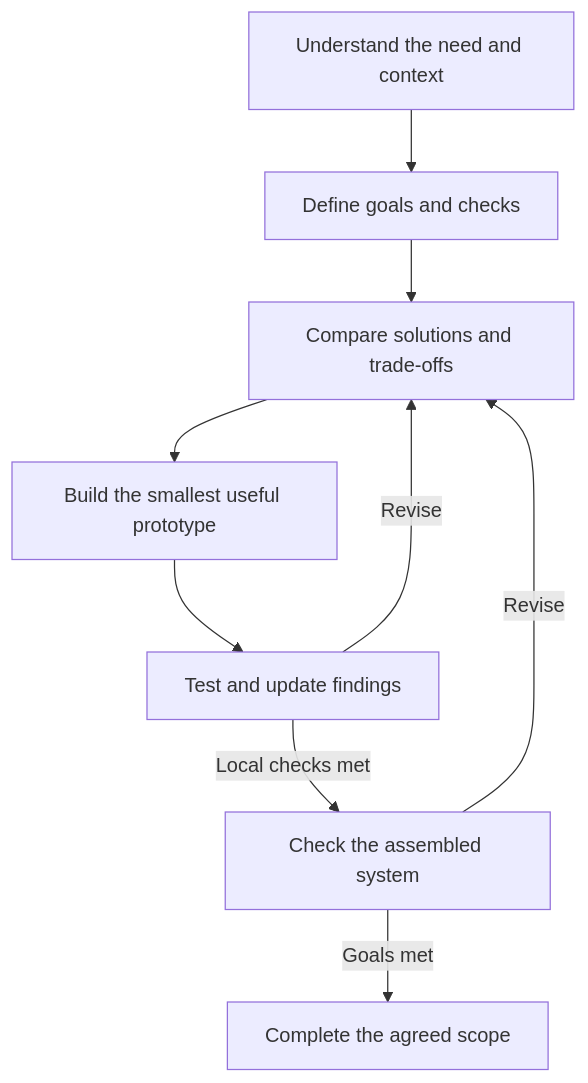
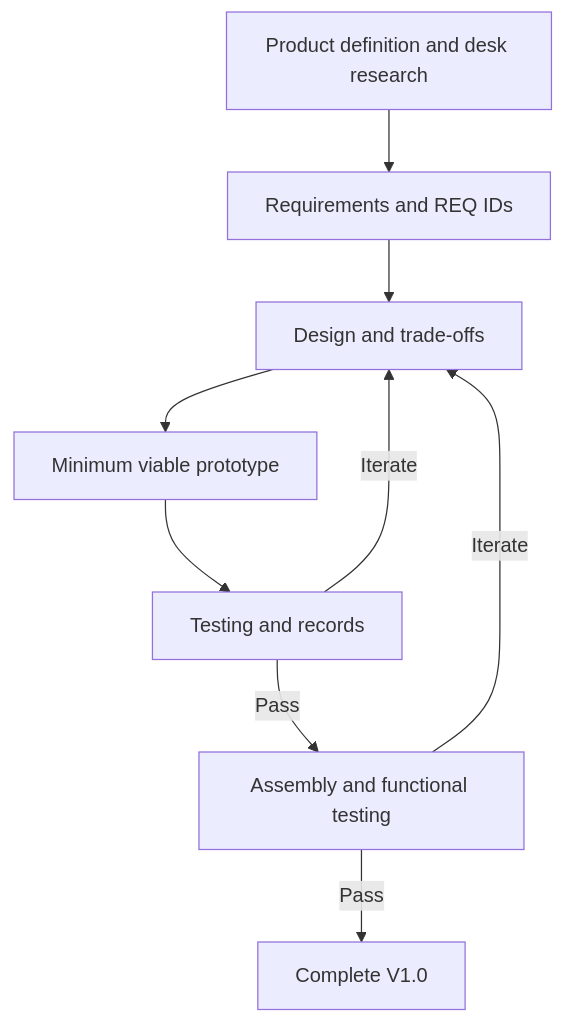
Before and after one commit to FlynnStudios/modular-mealworm-habitat: the diagram in logic.md, drawn with Mermaid. The commit also changed other lines of this file and 5 other files, not shown here.

````diff
--- a/logic.md
+++ b/logic.md
@@ -7,11 +7,11 @@
 ```mermaid
 flowchart TD
-    A["Understand the need and context"] --> B["Define goals and checks"]
-    B --> C["Compare solutions and trade-offs"]
-    C --> D["Build the smallest useful prototype"]
-    D --> E["Test and update findings"]
-    E -->|"Revise"| C
-    E -->|"Local checks met"| F["Check the assembled system"]
-    F -->|"Revise"| C
-    F -->|"Goals met"| G["Complete the agreed scope"]
+    A["Product definition and desk research"] --> B["Requirements and REQ IDs"]
+    B --> C["Design and trade-offs"]
+    C --> D["Minimum viable prototype"]
+    D --> E["Testing and records"]
+    E -->|"Iterate"| C
+    E -->|"Pass"| F["Assembly and functional testing"]
+    F -->|"Iterate"| C
+    F -->|"Pass"| G["Complete V1.0"]
 ```
````
